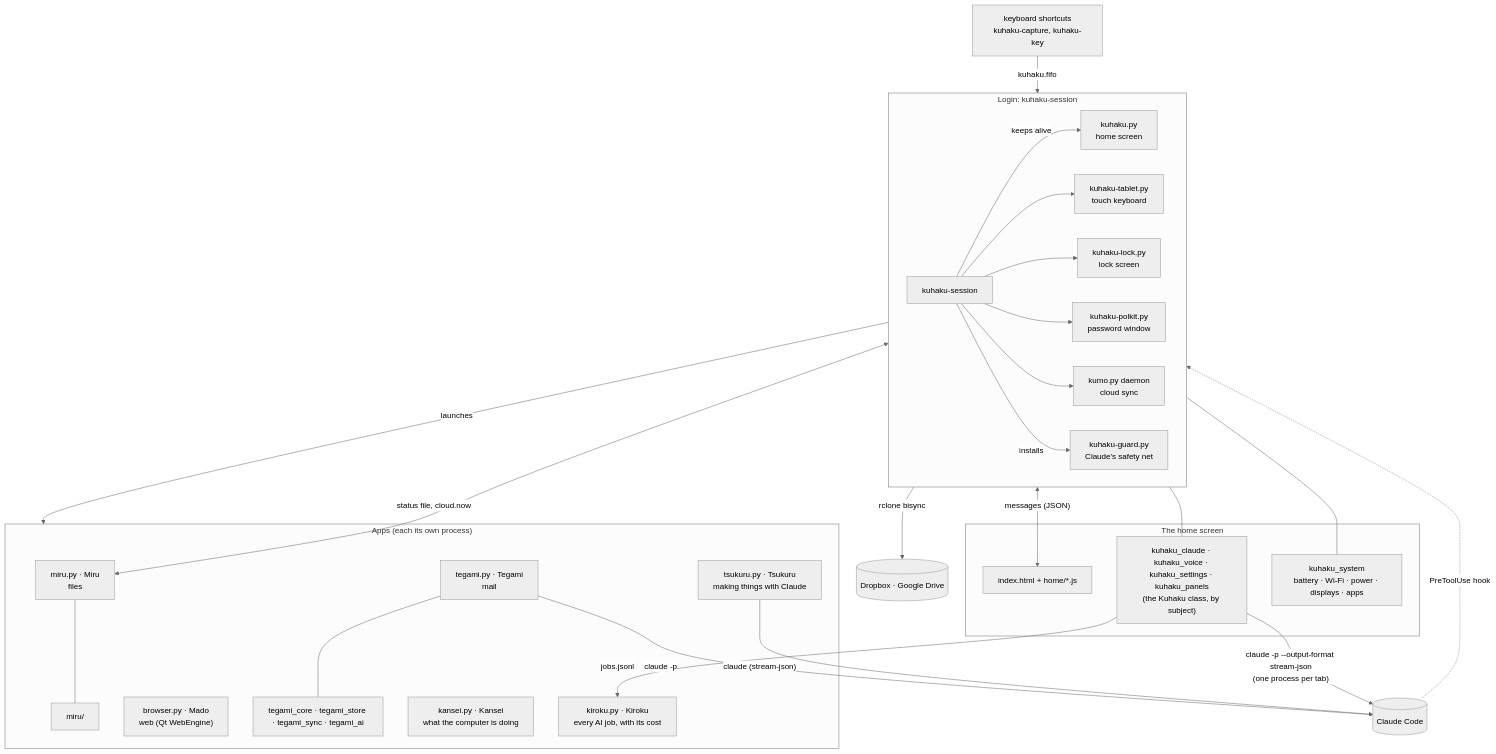
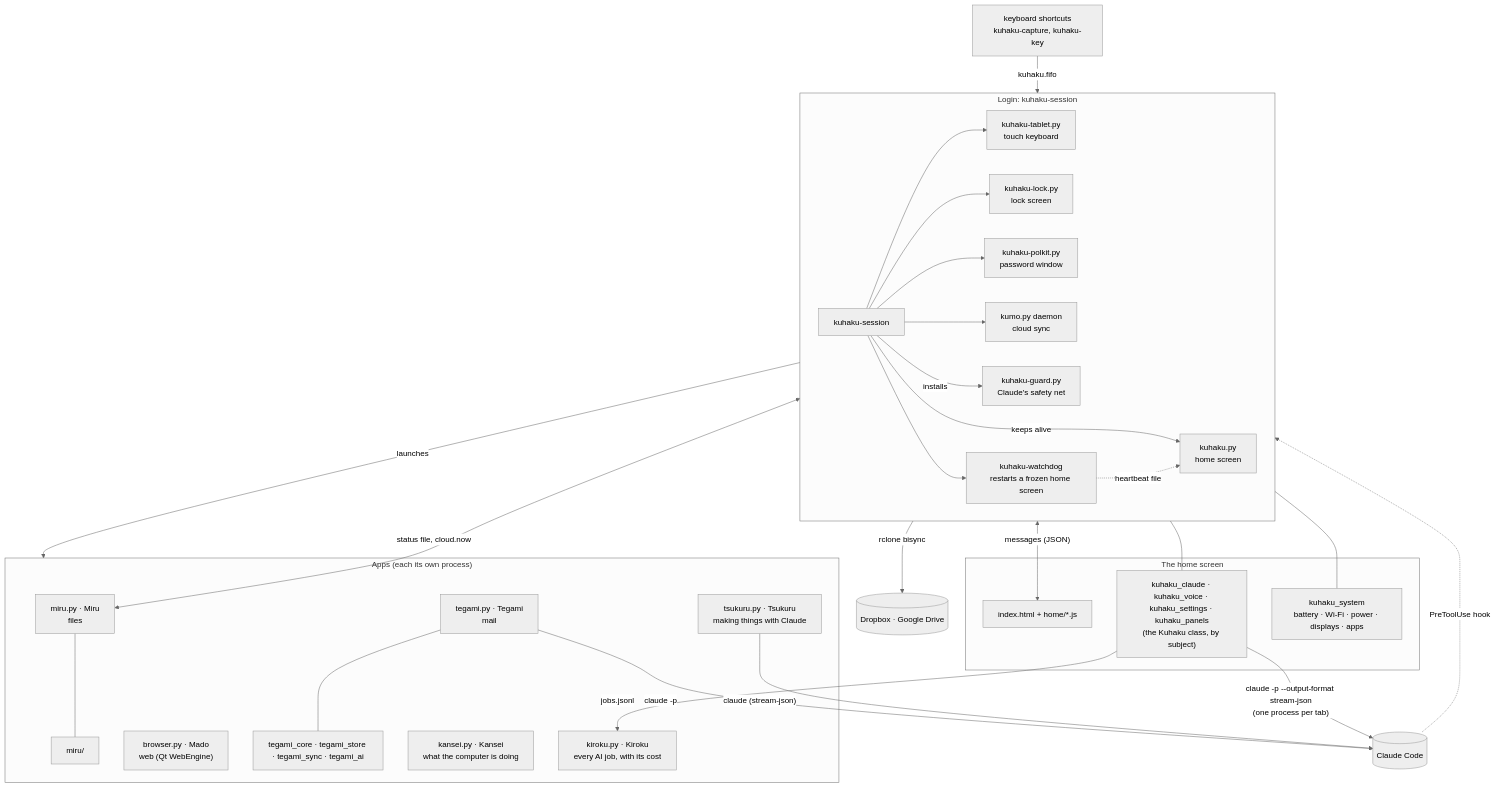
Before and after one commit to rudolfkrcmar/kuhaku-linux: the diagram in ARCHITECTURE.md, drawn with Mermaid (neutral theme). The commit also changed other lines of this file and 3 other files, not shown here.

````diff
--- a/ARCHITECTURE.md
+++ b/ARCHITECTURE.md
@@ -14,38 +14,40 @@
 ```mermaid
 flowchart TB
     subgraph session["Login: kuhaku-session"]
         direction LR
         S[kuhaku-session] -->|keeps alive| K[kuhaku.py<br/>home screen]
         S --> T[kuhaku-tablet.py<br/>touch keyboard]
         S --> L[kuhaku-lock.py<br/>lock screen]
         S --> P[kuhaku-polkit.py<br/>password window]
         S --> D[kumo.py daemon<br/>cloud sync]
         S -->|installs| G[kuhaku-guard.py<br/>Claude's safety net]
+        S --> W[kuhaku-watchdog<br/>restarts a frozen home screen]
+        W -.->|"heartbeat file"| K
     end
 
     subgraph home["The home screen"]
         K <-->|"messages (JSON)"| HP["index.html + home/*.js"]
         K --- KM["kuhaku_claude · kuhaku_voice · kuhaku_settings · kuhaku_panels<br/>(the Kuhaku class, by subject)"]
         K --- KS["kuhaku_system<br/>battery · Wi-Fi · power · displays · apps"]
     end
 
     KM -->|"claude -p --output-format stream-json<br/>(one process per tab)"| C[(Claude Code)]
     C -.->|"PreToolUse hook"| G
     keys["keyboard shortcuts<br/>kuhaku-capture, kuhaku-key"] -->|kuhaku.fifo| K
 
     subgraph apps["Apps (each its own process)"]
         M["miru.py · Miru<br/>files"] --- MP["miru/"]
         Mado["browser.py · Mado<br/>web (Qt WebEngine)"]
         Te["tegami.py · Tegami<br/>mail"] --- TC["tegami_core · tegami_store · tegami_sync · tegami_ai"]
         Ts["tsukuru.py · Tsukuru<br/>making things with Claude"]
         Ka["kansei.py · Kansei<br/>what the computer is doing"]
         Ki["kiroku.py · Kiroku<br/>every AI job, with its cost"]
     end
 
     K -->|launches| apps
     M <-->|"status file, cloud.now"| D
     D -->|"rclone bisync"| cloud[(Dropbox · Google Drive)]
     Te -->|"claude -p"| C
     Ts -->|"claude (stream-json)"| C
     KM -->|"jobs.jsonl"| Ki
 ```
````
